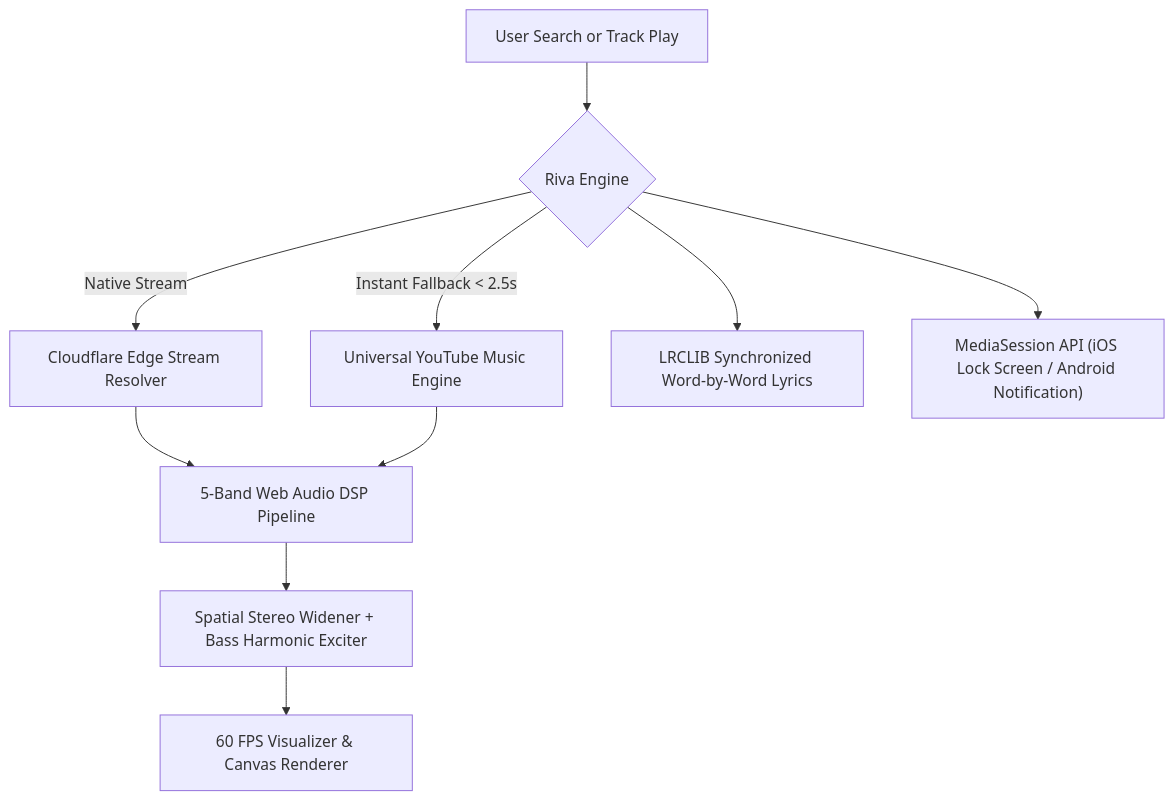
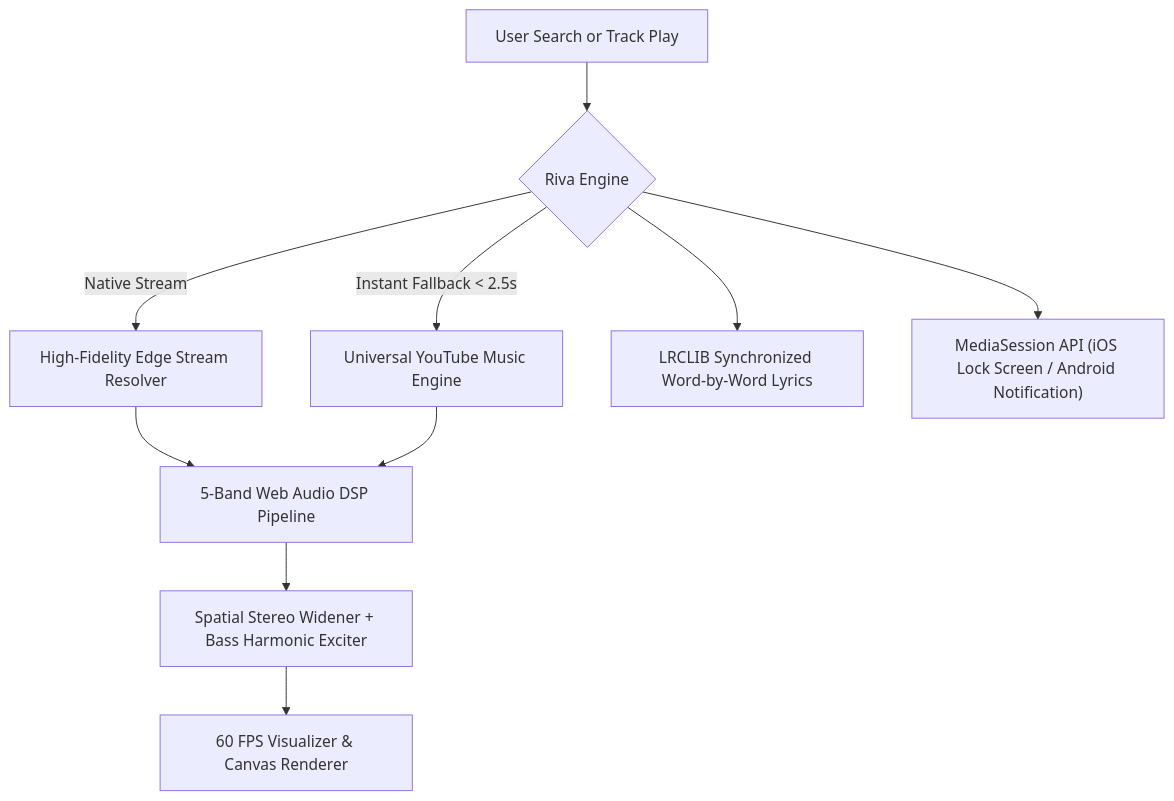
The diagram in README.md (nehalrahamana-maker/Vibra), drawn with Mermaid before and after one commit. The commit also changed other lines of this file and 38 other files, not shown here.

````diff
--- a/README.md
+++ b/README.md
@@ -37,12 +36,12 @@
 ```mermaid
 flowchart TD
     A["User Search or Track Play"] --> B{"Riva Engine"}
-    B -->|"Native Stream"| C["Cloudflare Edge Stream Resolver"]
+    B -->|"Native Stream"| C["High-Fidelity Edge Stream Resolver"]
     B -->|"Instant Fallback < 2.5s"| D["Universal YouTube Music Engine"]
     C --> E["5-Band Web Audio DSP Pipeline"]
     D --> E
     E --> F["Spatial Stereo Widener + Bass Harmonic Exciter"]
     F --> G["60 FPS Visualizer & Canvas Renderer"]
     B --> H["LRCLIB Synchronized Word-by-Word Lyrics"]
     B --> I["MediaSession API (iOS Lock Screen / Android Notification)"]
 ```
````
